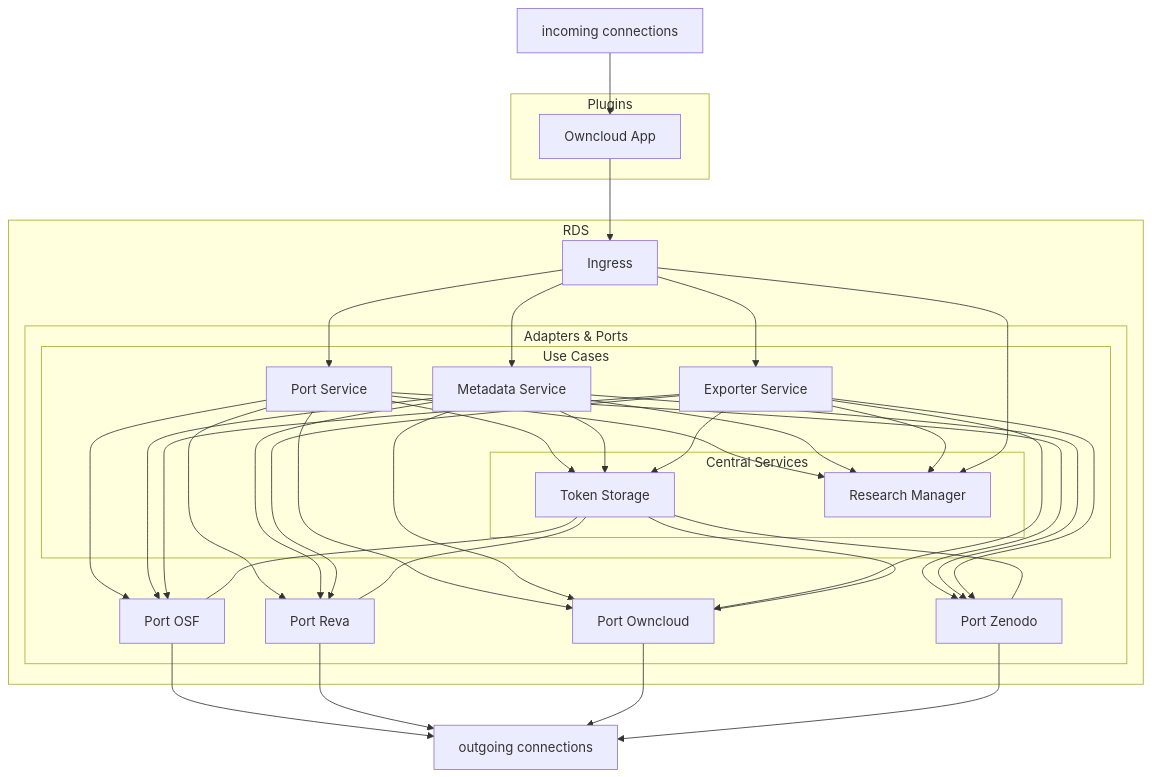
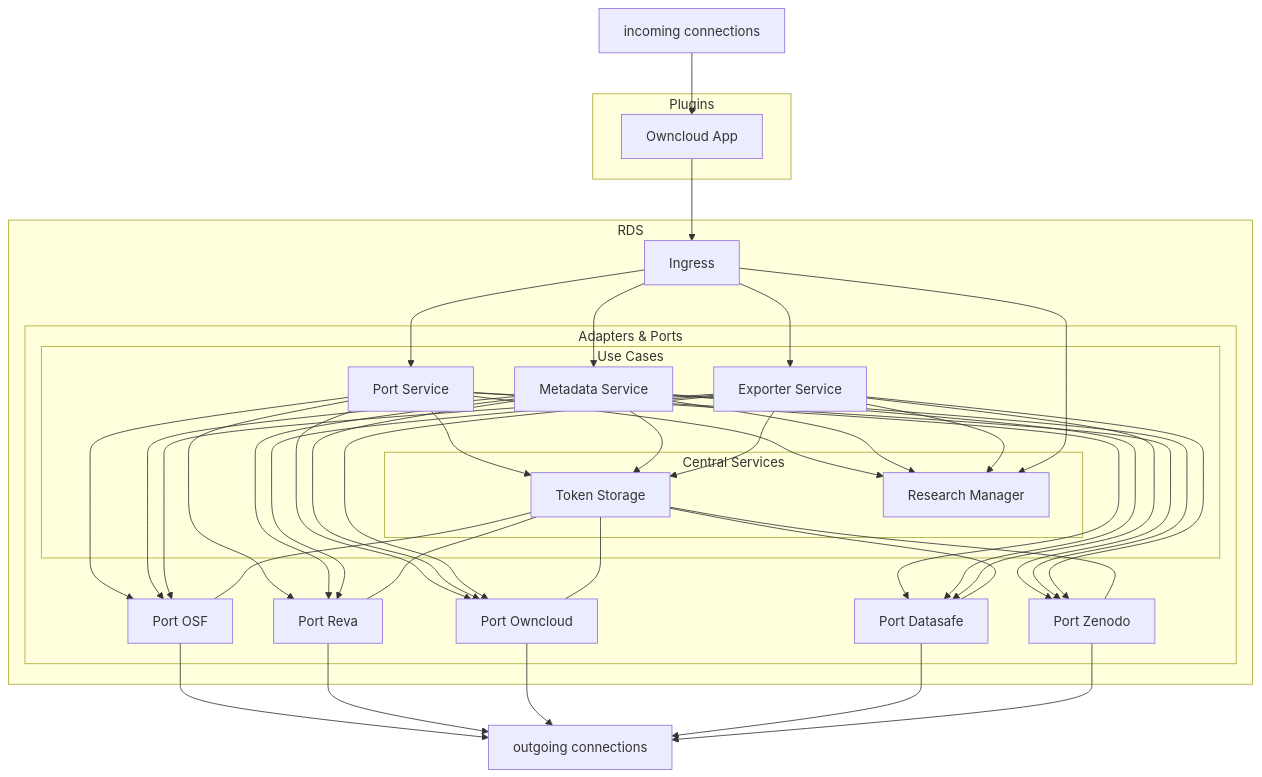
The diagram in docs/content/doc/impl/infrastructure/ecosystem.md (Sciebo-RDS/Sciebo-RDS), drawn with Mermaid before and after one commit. The commit also changed 1 other file, not shown here.

Commit message:
add missing ports to ecosystem

````diff
--- a/docs/content/doc/impl/infrastructure/ecosystem.md
+++ b/docs/content/doc/impl/infrastructure/ecosystem.md
@@ -18,72 +18,71 @@
 ```mermaid
 graph TD;
   %% define nodes
 
   subgraph Plugins
       OP[Owncloud App]
   end
 
 
   subgraph RDS
     Ingress
 
     subgraph Adapters & Ports
       %% SPAEx[SPA Exporter]
       %% SPATS[SPA Token Storage]
 
       PInvenio[Port Zenodo]
       POwncloud[Port Owncloud]
       POSF[Port OSF]
       PReva[Port Reva]
+      PDatasafe[Port Datasafe]
 
       subgraph Use Cases
         UCExporter[Exporter Service]
         UCPort[Port Service]
         UCMetadata[Metadata Service]
         %% UCProject[Project Service]
 
         subgraph Central Services
           CSToken[Token Storage]
           CSProject[Research Manager]
         end
       end
     end
   end
 
   WWWI[incoming connections]
   WWWO[outgoing connections]
 
   click OP "/doc/impl/plugins/owncloud/"
 
   click PInvenio "/doc/impl/ports/port-invenio"
   click POwncloud "/doc/impl/ports/port-storage"
-  click PReva "/doc/impl/ports/port-reva"
+  click PReva "https://github.com/Sciebo-RDS/port-reva"
   click POSF "/doc/impl/ports/port-osf"
+  click PDatasafe "https://github.com/Sciebo-RDS/port_datasafe"
 
   click UCPort "/doc/impl/use-cases/port-service"
   click UCExporter "/doc/impl/use-cases/exporter"
   click UCMetadata "/doc/impl/use-cases/metadata"
 
   click CSProject "/doc/impl/central/research-manager"
   click CSToken ""/doc/impl/central/token-storage""
 
   %% define connections
   WWWI --> OP
   OP --> Ingress
 
   %% Ingress --> SPAEx --> UCExporter
   %% Ingress --> SPATS --> CSToken
   %% Ingress -->|Nur für die Registration von neuen Tokens| ARegister
   Ingress --> CSProject & UCExporter & UCMetadata & UCPort
 
   %% UCExporter --> UCProject
   %% UCProject --> CSProject
 
-  CSToken --- PInvenio & POwncloud & PReva & POSF
-  UCExporter & UCMetadata & UCPort --> PInvenio & POwncloud & PReva & POSF & CSProject & CSToken
+  CSToken --- PInvenio & POwncloud & PReva & POSF & PDatasafe
+  UCExporter & UCMetadata & UCPort --> PInvenio & POwncloud & PReva & POSF & PDatasafe & CSProject & CSToken
 
-  PInvenio --> WWWO
-  POwncloud --> WWWO
-  PReva --> WWWO
-  POSF --> WWWO
+  PInvenio & PDatasafe & POwncloud & PReva & POSF --> WWWO
 ```
````
